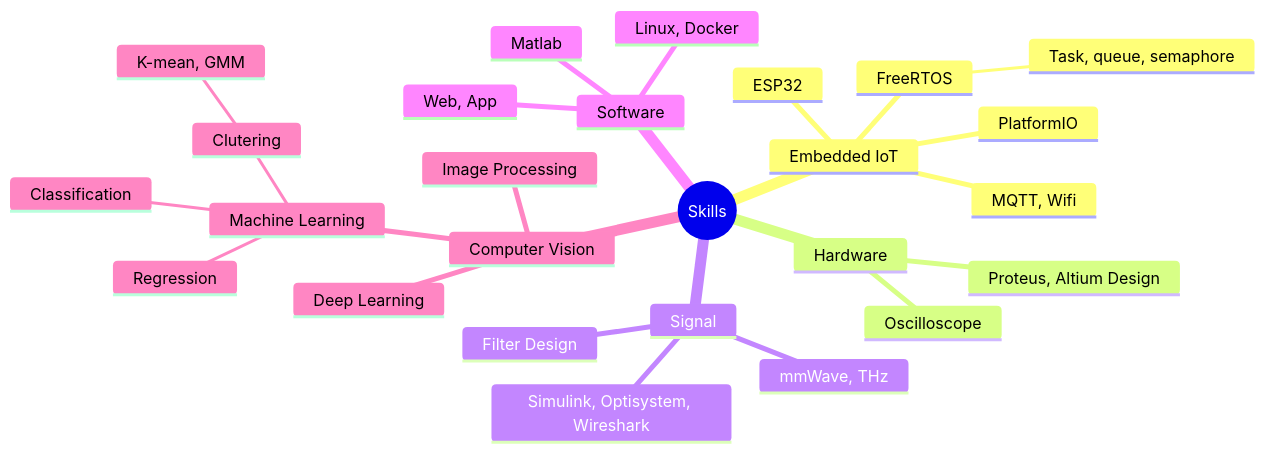
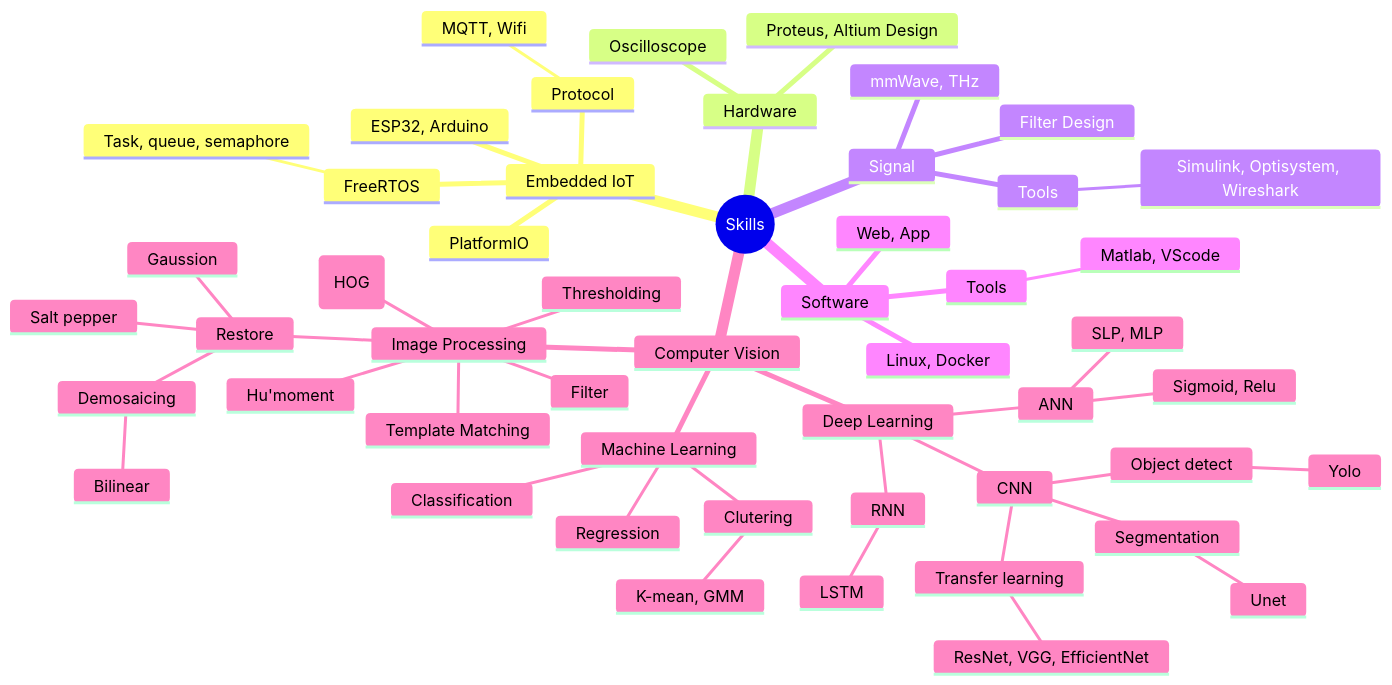
The diagram in README.md (bathanh0309/bathanh0309), drawn with Mermaid before and after one commit.

````diff
--- a/README.md
+++ b/README.md
@@ -140,29 +140,54 @@
 ```mermaid
 mindmap
   root((Skills))
     Embedded IoT
-      MQTT, Wifi
-      ESP32
+      Protocol
+        MQTT, Wifi
+      ESP32, Arduino
       FreeRTOS
         Task, queue, semaphore
       PlatformIO
     Hardware
       Proteus, Altium Design
       Oscilloscope
     Signal
       mmWave, THz
       Filter Design
-      Simulink, Optisystem, Wireshark
+      Tools
+        Simulink, Optisystem, Wireshark
     Software
-      Matlab
+      Tools
+        Matlab, VScode
       Linux, Docker
       Web, App
     Computer Vision
       Machine Learning
         Classification
         Regression
         Clutering
           K-mean, GMM
       Deep Learning
+        ANN
+          SLP, MLP
+          Sigmoid, Relu
+        CNN
+          Segmentation
+            Unet
+          Object detect
+            Yolo
+          Transfer learning
+            ResNet, VGG, EfficientNet
+        RNN
+          LSTM
       Image Processing
+        Histogram (HOG)
+        Hu'moment
+        Thresholding
+        Template Matching
+        Filter
+        Restore
+          Gaussion
+          Salt pepper
+          Demosaicing
+            Bilinear
 ```
````
